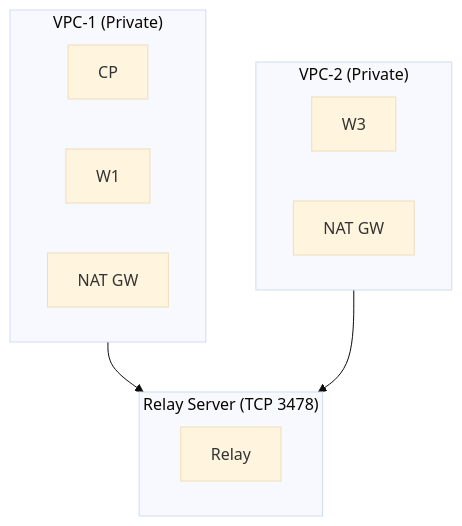
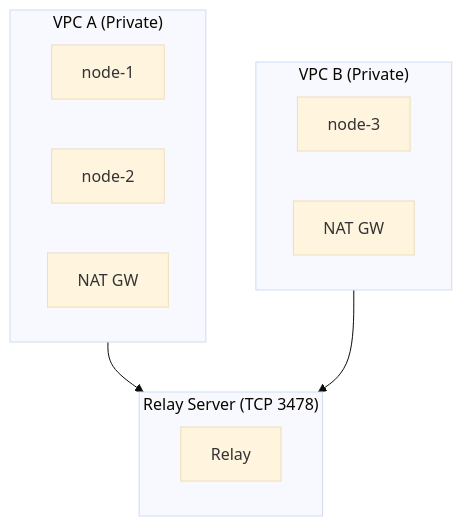
The first of 6 diagrams in docs/operations/topologies.md (inerplat/wirekube), drawn with Mermaid (base theme) before and after one commit. The commit also changed other lines of this file and 20 other files, not shown here.

````diff
--- a/docs/operations/topologies.md
+++ b/docs/operations/topologies.md
@@ -10,17 +10,17 @@
 ```mermaid
 flowchart TB
-    subgraph VPC1["VPC-1 (Private)"]
-        CP[CP]
-        W1[W1]
+    subgraph VPC1["VPC A (Private)"]
+        N1[node-1]
+        N2[node-2]
         NAT1[NAT GW]
     end
-    subgraph VPC2["VPC-2 (Private)"]
-        W3[W3]
+    subgraph VPC2["VPC B (Private)"]
+        N3[node-3]
         NAT2[NAT GW]
     end
     subgraph Relay["Relay Server (TCP 3478)"]
         R[Relay]
     end
     VPC1 --> Relay
     VPC2 --> Relay
 ```
````
